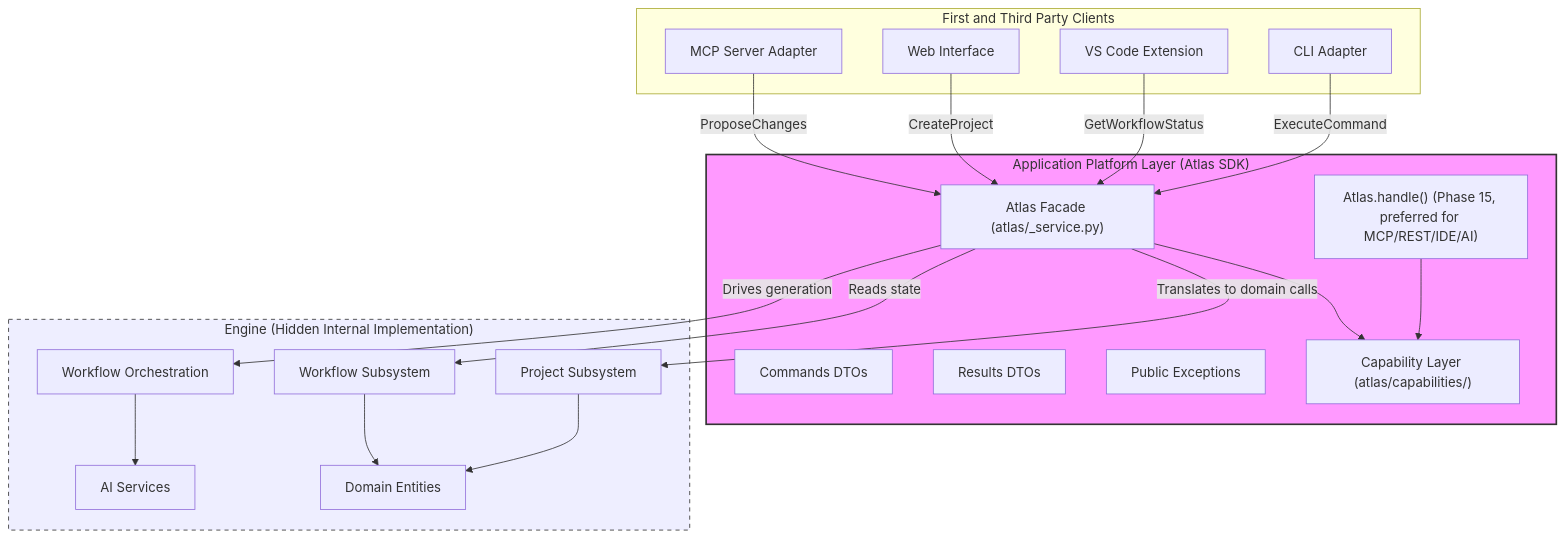
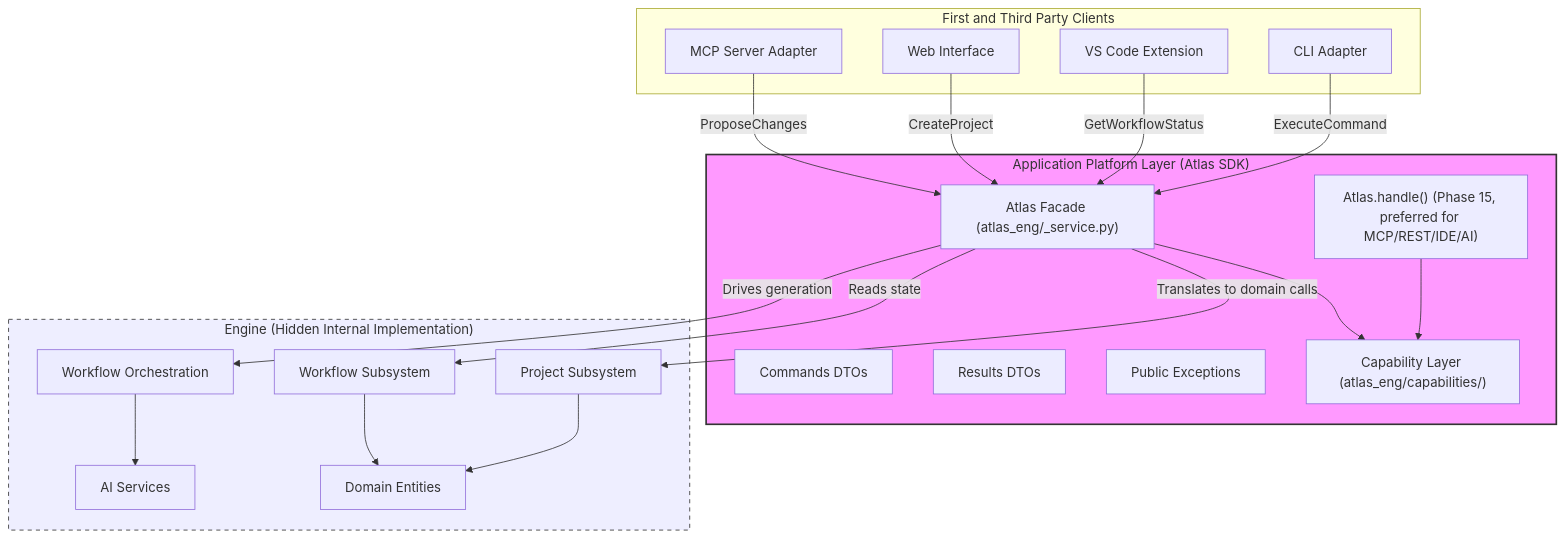
The diagram in docs/diagrams/application-platform.md (sahil-mangla/atlas), drawn with Mermaid before and after one commit. The commit also changed 464 other files, not shown here.

First line of the commit message:
refactor!: rename distribution to atlas-eng 1.1.0 under one import root

````diff
--- a/docs/diagrams/application-platform.md
+++ b/docs/diagrams/application-platform.md
@@ -3,44 +3,44 @@
 ```mermaid
 flowchart TD
     subgraph Clients["First and Third Party Clients"]
         CLI["CLI Adapter"]
         VSCode["VS Code Extension"]
         Web["Web Interface"]
         MCP["MCP Server Adapter"]
     end
 
     subgraph AtlasSDK["Application Platform Layer (Atlas SDK)"]
-        AtlasFacade["Atlas Facade (atlas/_service.py)"]
+        AtlasFacade["Atlas Facade (atlas_eng/_service.py)"]
         Commands["Commands DTOs"]
         Results["Results DTOs"]
         Exceptions["Public Exceptions"]
         Handle["Atlas.handle() (Phase 15, preferred for MCP/REST/IDE/AI)"]
-        Capabilities["Capability Layer (atlas/capabilities/)"]
+        Capabilities["Capability Layer (atlas_eng/capabilities/)"]
         Handle --> Capabilities
         AtlasFacade --> Capabilities
     end
 
     subgraph Engine["Engine (Hidden Internal Implementation)"]
         Project["Project Subsystem"]
         Workflow["Workflow Subsystem"]
         Orchestration["Workflow Orchestration"]
         AI["AI Services"]
         Domain["Domain Entities"]
     end
 
     CLI -->|ExecuteCommand| AtlasFacade
     VSCode -->|GetWorkflowStatus| AtlasFacade
     Web -->|CreateProject| AtlasFacade
     MCP -->|ProposeChanges| AtlasFacade
 
     AtlasFacade -->|Translates to domain calls| Project
     AtlasFacade -->|Reads state| Workflow
     AtlasFacade -->|Drives generation| Orchestration
     
     Orchestration --> AI
     Project --> Domain
     Workflow --> Domain
 
     style AtlasSDK fill:#f9f,stroke:#333,stroke-width:2px
     style Engine fill:#eef,stroke:#333,stroke-dasharray: 5 5
 ```
````
